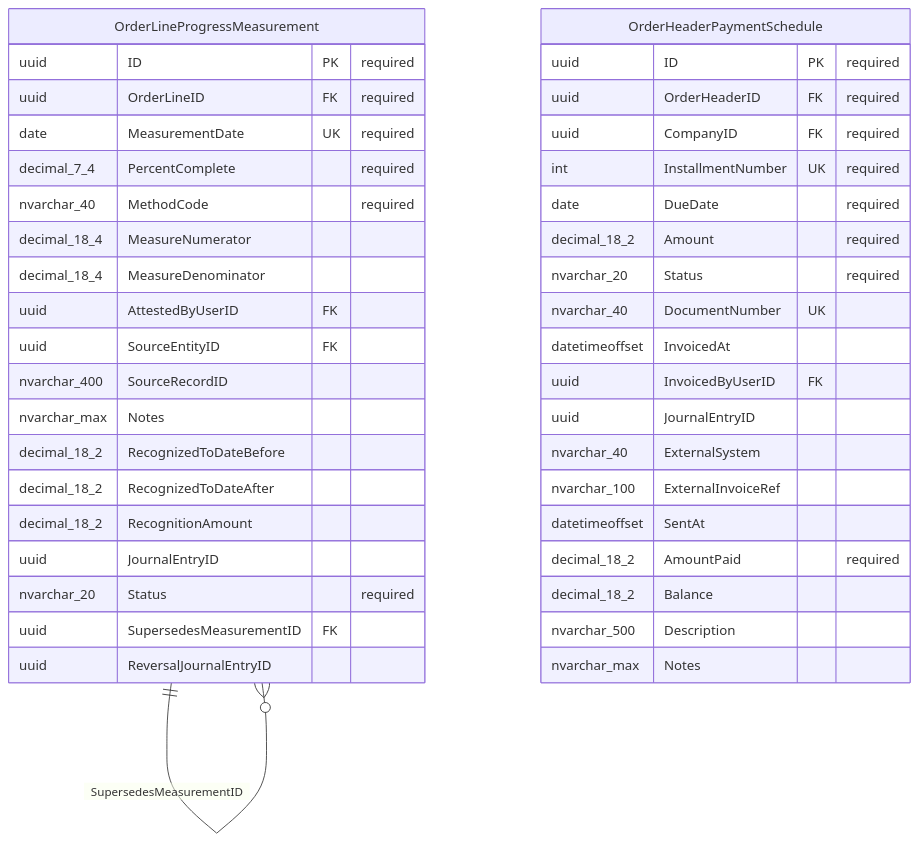
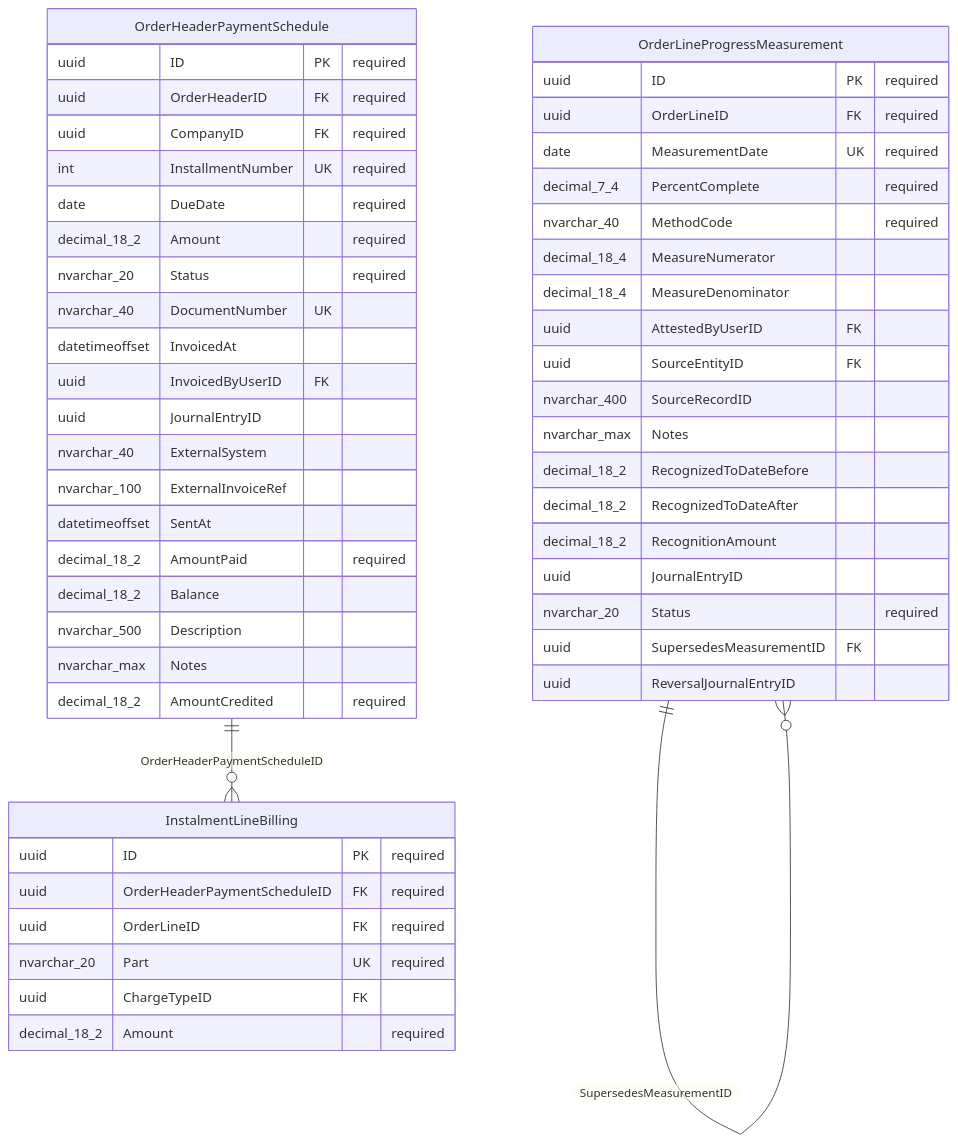
Before and after one commit to MemberJunction/bizapps-orders: the eighth of 12 diagrams in docs/ERD.md, drawn with Mermaid. The commit also changed other lines of this file and 3 other files, not shown here.

````diff
--- a/docs/ERD.md
+++ b/docs/ERD.md
@@ -1249,44 +1303,54 @@
 ```mermaid
 erDiagram
+    OrderHeaderPaymentSchedule ||--o{ InstalmentLineBilling : "OrderHeaderPaymentScheduleID"
     OrderLineProgressMeasurement ||--o{ OrderLineProgressMeasurement : "SupersedesMeasurementID"
     OrderHeaderPaymentSchedule {
         uuid ID PK "required"
         uuid OrderHeaderID FK "required"
         uuid CompanyID FK "required"
         int InstallmentNumber UK "required"
         date DueDate "required"
         decimal_18_2 Amount "required"
         nvarchar_20 Status "required"
         nvarchar_40 DocumentNumber UK
         datetimeoffset InvoicedAt
         uuid InvoicedByUserID FK
         uuid JournalEntryID
         nvarchar_40 ExternalSystem
         nvarchar_100 ExternalInvoiceRef
         datetimeoffset SentAt
         decimal_18_2 AmountPaid "required"
         decimal_18_2 Balance
         nvarchar_500 Description
         nvarchar_max Notes
+        decimal_18_2 AmountCredited "required"
+    }
+    InstalmentLineBilling {
+        uuid ID PK "required"
+        uuid OrderHeaderPaymentScheduleID FK "required"
+        uuid OrderLineID FK "required"
+        nvarchar_20 Part UK "required"
+        uuid ChargeTypeID FK
+        decimal_18_2 Amount "required"
     }
     OrderLineProgressMeasurement {
         uuid ID PK "required"
         uuid OrderLineID FK "required"
         date MeasurementDate UK "required"
         decimal_7_4 PercentComplete "required"
         nvarchar_40 MethodCode "required"
         decimal_18_4 MeasureNumerator
         decimal_18_4 MeasureDenominator
         uuid AttestedByUserID FK
         uuid SourceEntityID FK
         nvarchar_400 SourceRecordID
         nvarchar_max Notes
         decimal_18_2 RecognizedToDateBefore
         decimal_18_2 RecognizedToDateAfter
         decimal_18_2 RecognitionAmount
         uuid JournalEntryID
         nvarchar_20 Status "required"
         uuid SupersedesMeasurementID FK
         uuid ReversalJournalEntryID
     }
 ```
````
